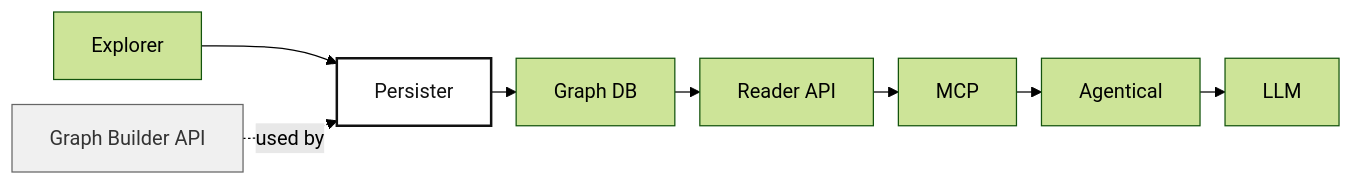
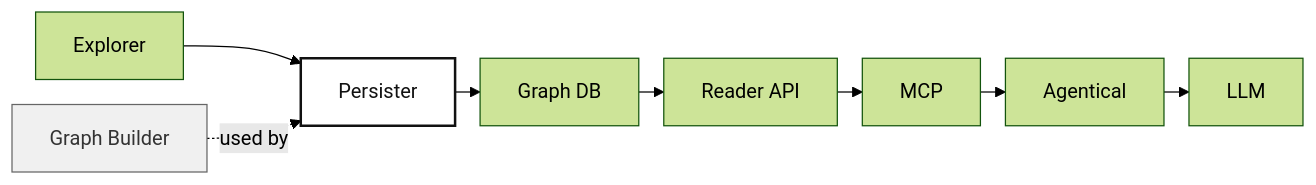
One commit to beanone/graph_persister changed the diagram in README.md. Above: the diagram before and after it, drawn with Mermaid (forest theme).

````diff
--- a/README.md
+++ b/README.md
@@ -11,15 +11,15 @@
 ```mermaid
 %%{init: {'flowchart': {'nodeSpacing': 20, 'rankSpacing': 20}} }%%
 flowchart LR
     A[Explorer] --> B[Persister]
     B --> C[Graph DB]
     C --> D[Reader API]
     D --> E[MCP]
     E --> F[Agentical]
     F --> L[LLM]
 
-    G[Graph Builder API] -.->|used by| B
+    G[Graph Builder] -.->|used by| B
 
     style B fill:#fff,stroke:#111,stroke-width:2px,color:#111
     style G fill:#f0f0f0,stroke:#666,stroke-width:1px,color:#333
 ```
````
